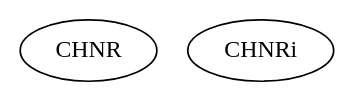
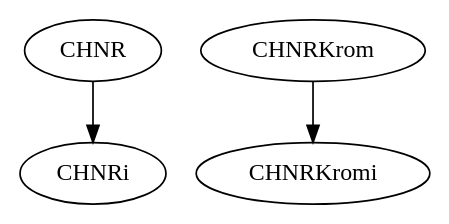
Before and after one commit to jorgomezga/AVCA-ByO: the diagram in doc/src/PerturbationFluctuation/Perturbation/CHNR/graph.dot, drawn with Graphviz. The commit also changed 198 other files, not shown here.

```diff
--- a/doc/src/PerturbationFluctuation/Perturbation/CHNR/graph.dot
+++ b/doc/src/PerturbationFluctuation/Perturbation/CHNR/graph.dot
@@ -1,6 +1,10 @@
 /* Created by mdot for Matlab */
 digraph m2html {
+  CHNR -> CHNRi;
+  CHNRKrom -> CHNRKromi;
 
   CHNR [URL="CHNR.html"];
+  CHNRKrom [URL="CHNRKrom.html"];
+  CHNRKromi [URL="CHNRKromi.html"];
   CHNRi [URL="CHNRi.html"];
 }
```
